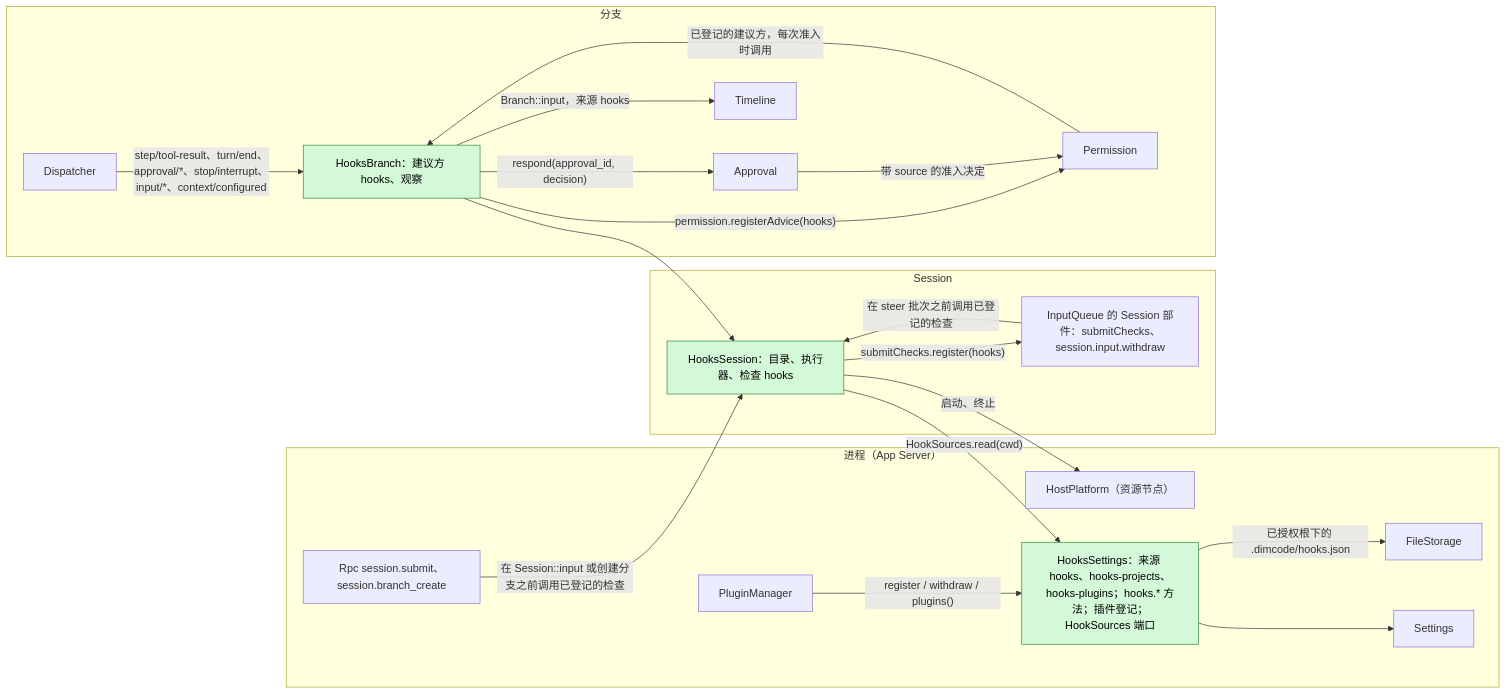
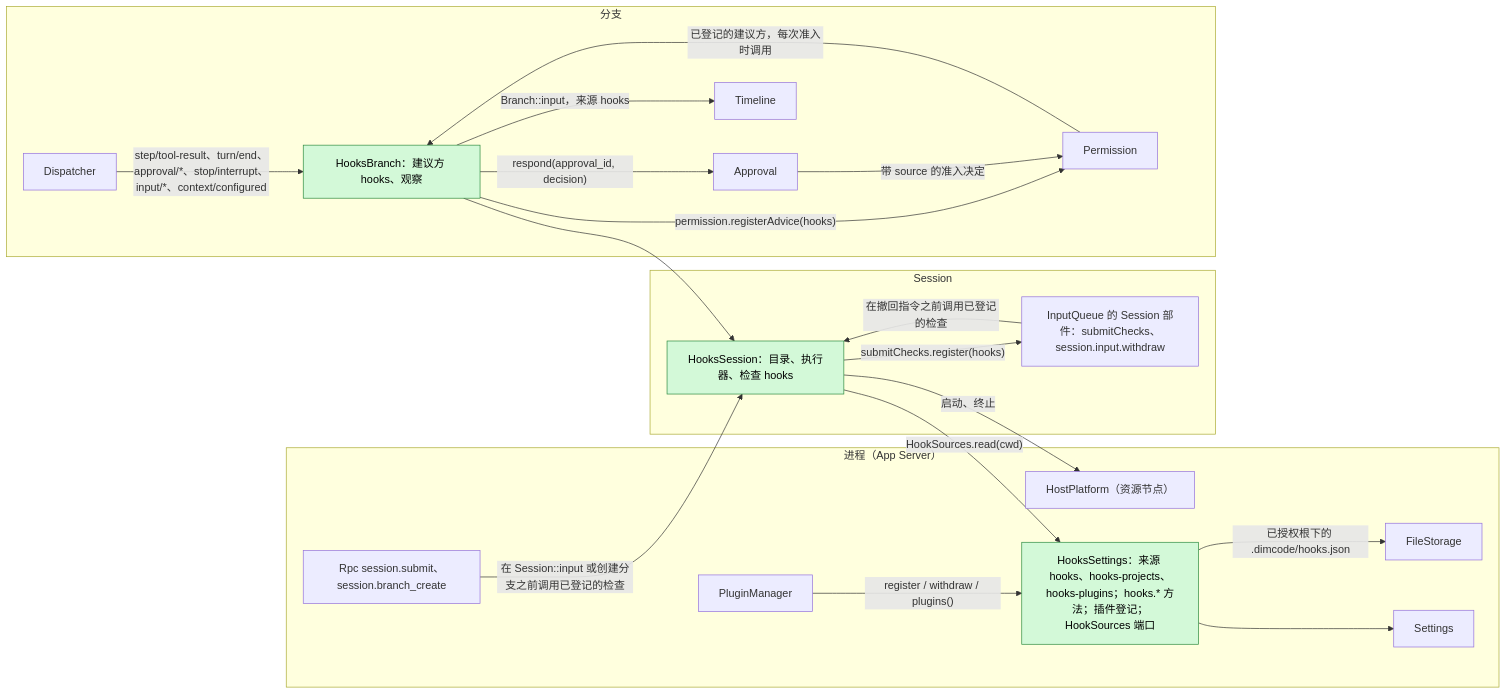
One commit to arcships/dim changed the first of 6 diagrams in docs/zh/design/plugins/Hooks.md. Above: the diagram before and after it, drawn with Mermaid. The commit also changed other lines of this file and 8 other files, not shown here.

````diff
--- a/docs/zh/design/plugins/Hooks.md
+++ b/docs/zh/design/plugins/Hooks.md
@@ -38,38 +38,38 @@
 ```mermaid
 flowchart LR
   subgraph PROC["进程（App Server）"]
     HSet["HooksSettings：来源 hooks、hooks-projects、hooks-plugins；hooks.* 方法；插件登记；HookSources 端口"]:::new
     PMg["PluginManager"]
     Settings["Settings"]
     FS["FileStorage"]
     Rpc["Rpc session.submit、session.branch_create"]
     HP["HostPlatform（资源节点）"]
   end
   subgraph SESS["Session"]
     HS["HooksSession：目录、执行器、检查 hooks"]:::new
     IM["InputQueue 的 Session 部件：submitChecks、session.input.withdraw"]
   end
   subgraph BR["分支"]
     HB["HooksBranch：建议方 hooks、观察"]:::new
     AP["Approval"]
     PM["Permission"]
     TL["Timeline"]
     DP["Dispatcher"]
   end
   PMg -->|"register / withdraw / plugins()"| HSet
   HSet --> Settings
   HSet -->|"已授权根下的 .dimcode/hooks.json"| FS
   HS -->|"HookSources.read(cwd)"| HSet
   HS -->|"启动、终止"| HP
   HS -->|"submitChecks.register(hooks)"| IM
   Rpc -->|"在 Session::input 或创建分支之前调用已登记的检查"| HS
-  IM -->|"在 steer 批次之前调用已登记的检查"| HS
+  IM -->|"在撤回指令之前调用已登记的检查"| HS
   HB --> HS
   HB -->|"permission.registerAdvice(hooks)"| PM
   AP -->|"带 source 的准入决定"| PM
   PM -->|"已登记的建议方，每次准入时调用"| HB
   HB -->|"respond(approval_id, decision)"| AP
   HB -->|"Branch::input，来源 hooks"| TL
   DP -->|"step/tool-result、turn/end、approval/*、stop/interrupt、input/*、context/configured"| HB
   classDef new fill:#d3f9d8,stroke:#2b8a3e,color:#000
 ```
````
